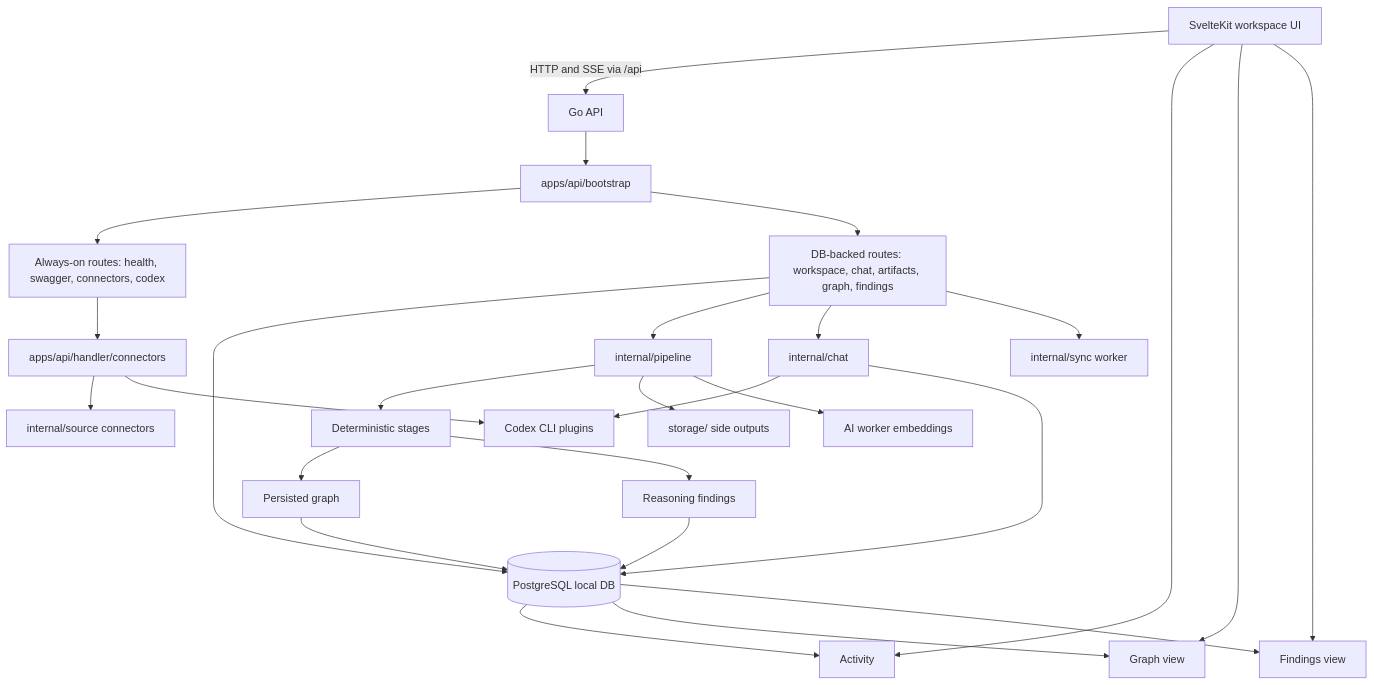
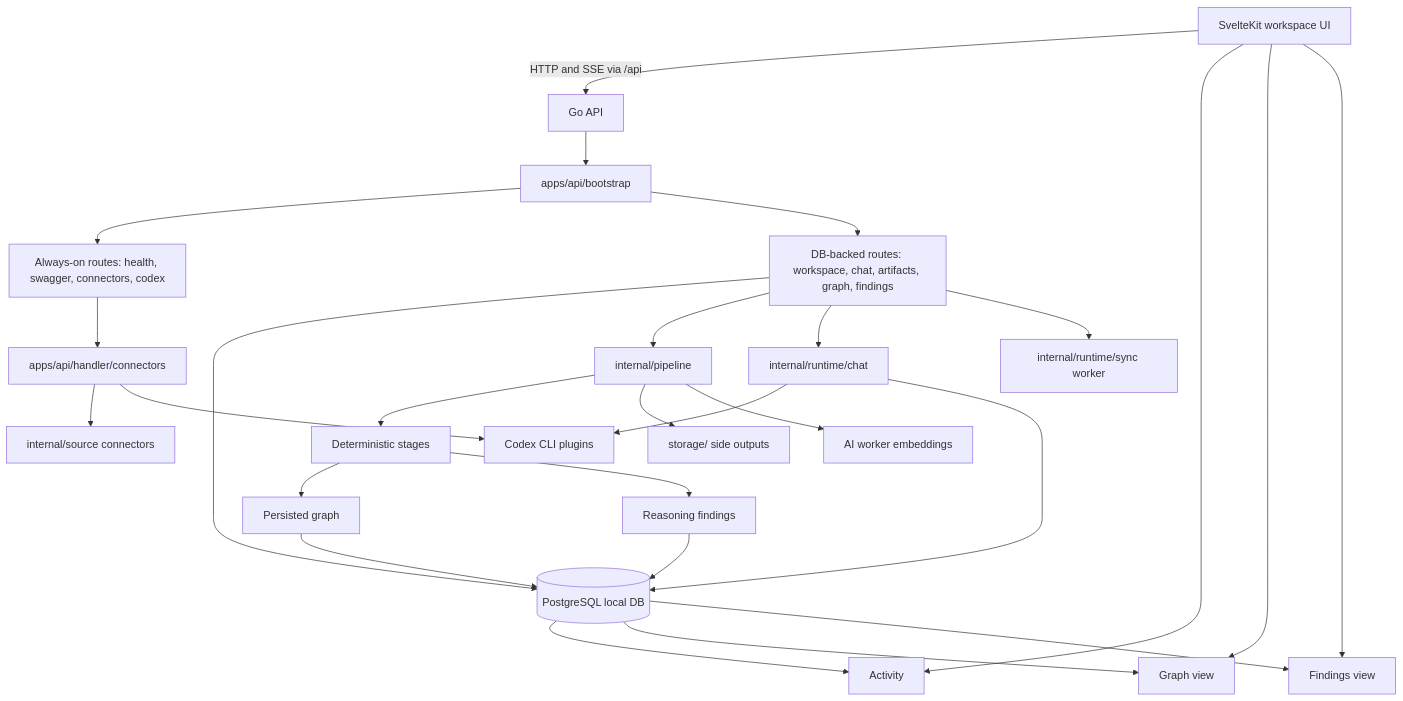
The first of 7 diagrams in docs/ARCHITECTURE.md (sx-tane/context-os), drawn with Mermaid before and after one commit. The commit also changed other lines of this file and 133 other files, not shown here.

````diff
--- a/docs/ARCHITECTURE.md
+++ b/docs/ARCHITECTURE.md
@@ -13,34 +13,34 @@
 ```mermaid
 flowchart TD
   UI[SvelteKit workspace UI] -->|HTTP and SSE via /api| API[Go API]
   API --> BOOT[apps/api/bootstrap]
 
   BOOT --> STATIC[Always-on routes: health, swagger, connectors, codex]
   BOOT --> DBH[DB-backed routes: workspace, chat, artifacts, graph, findings]
 
   DBH --> PG[(PostgreSQL local DB)]
   DBH --> PIPE[internal/pipeline]
-  DBH --> CHAT[internal/chat]
-  DBH --> SYNC[internal/sync worker]
+  DBH --> CHAT[internal/runtime/chat]
+  DBH --> SYNC[internal/runtime/sync worker]
 
   STATIC --> CONN[apps/api/handler/connectors]
   CONN --> SRC[internal/source connectors]
   CONN --> CODEX[Codex CLI plugins]
 
   CHAT --> CODEX
   CHAT --> PG
   PIPE --> STAGES[Deterministic stages]
   PIPE --> STORAGE[storage/ side outputs]
   PIPE --> WORKER[AI worker embeddings]
   STAGES --> GRAPH[Persisted graph]
   STAGES --> FIND[Reasoning findings]
   GRAPH --> PG
   FIND --> PG
 
   UI --> ACT[Activity]
   UI --> GVIEW[Graph view]
   UI --> FVIEW[Findings view]
   PG --> ACT
   PG --> GVIEW
   PG --> FVIEW
 ```
````
